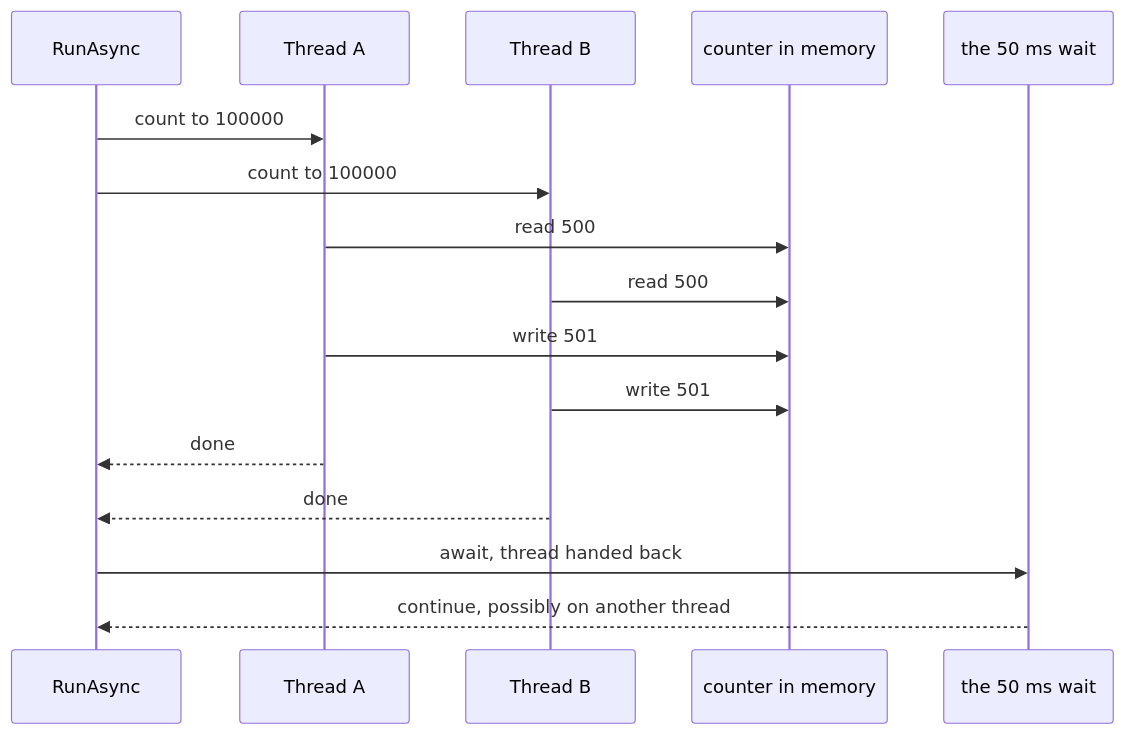
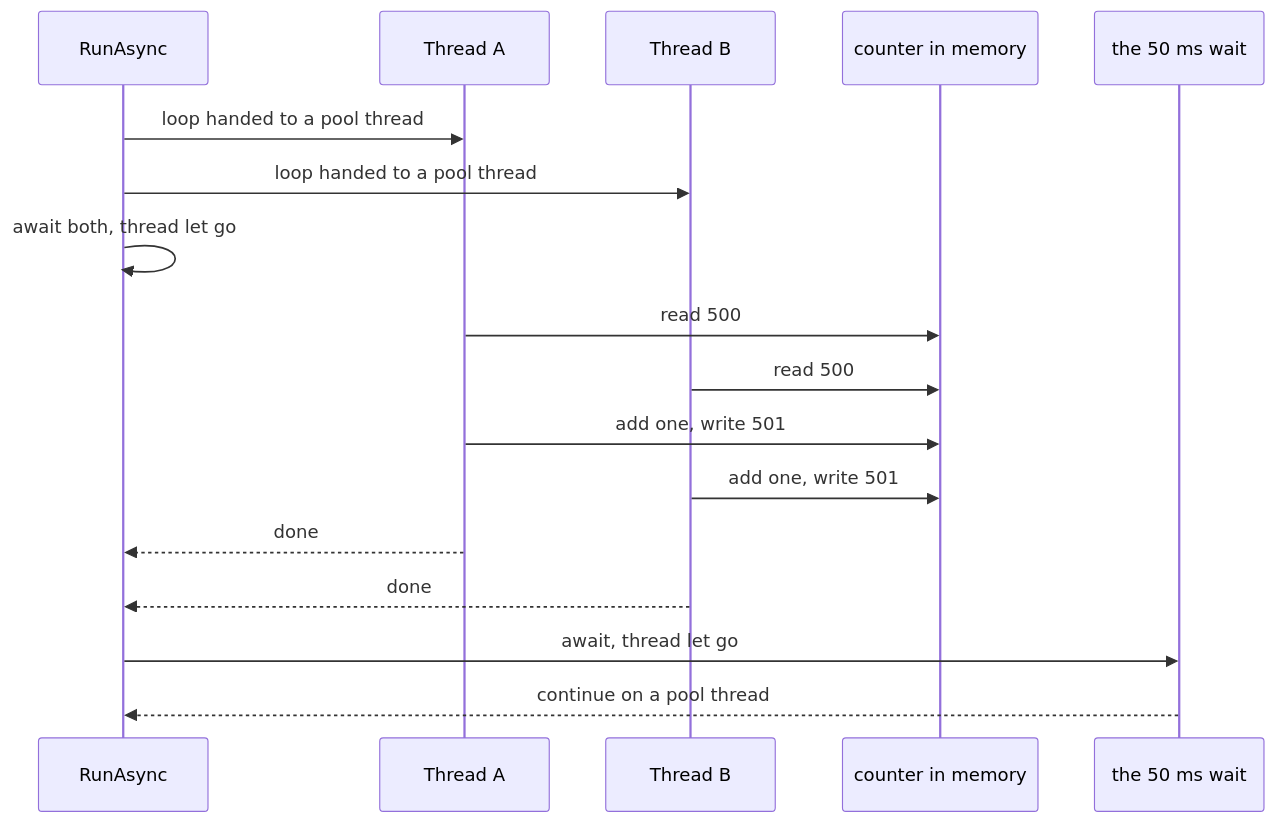
The diagram in content/tracks/foundation/computer/foundation.l1.threads-and-async-intro.en.md (duyan11110/lo-trinh-architect), drawn with Mermaid before and after one commit. The commit also changed other lines of this file and 314 other files, not shown here.

````diff
--- a/content/tracks/foundation/computer/foundation.l1.threads-and-async-intro.en.md
+++ b/content/tracks/foundation/computer/foundation.l1.threads-and-async-intro.en.md
@@ -41,18 +42,19 @@
 ```mermaid
 sequenceDiagram
   participant R as RunAsync
   participant A as Thread A
   participant B as Thread B
   participant C as counter in memory
   participant W as the 50 ms wait
-  R->>A: count to 100000
-  R->>B: count to 100000
+  R->>A: loop handed to a pool thread
+  R->>B: loop handed to a pool thread
+  R->>R: await both, thread let go
   A->>C: read 500
   B->>C: read 500
-  A->>C: write 501
-  B->>C: write 501
+  A->>C: add one, write 501
+  B->>C: add one, write 501
   A-->>R: done
   B-->>R: done
-  R->>W: await, thread handed back
-  W-->>R: continue, possibly on another thread
+  R->>W: await, thread let go
+  W-->>R: continue on a pool thread
 ```
````
